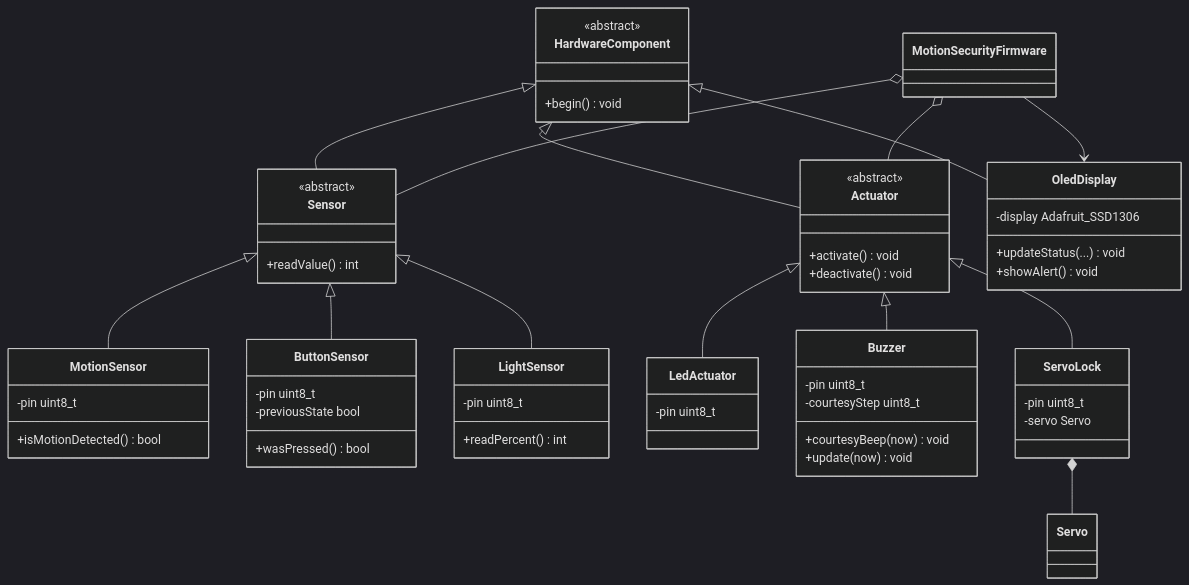
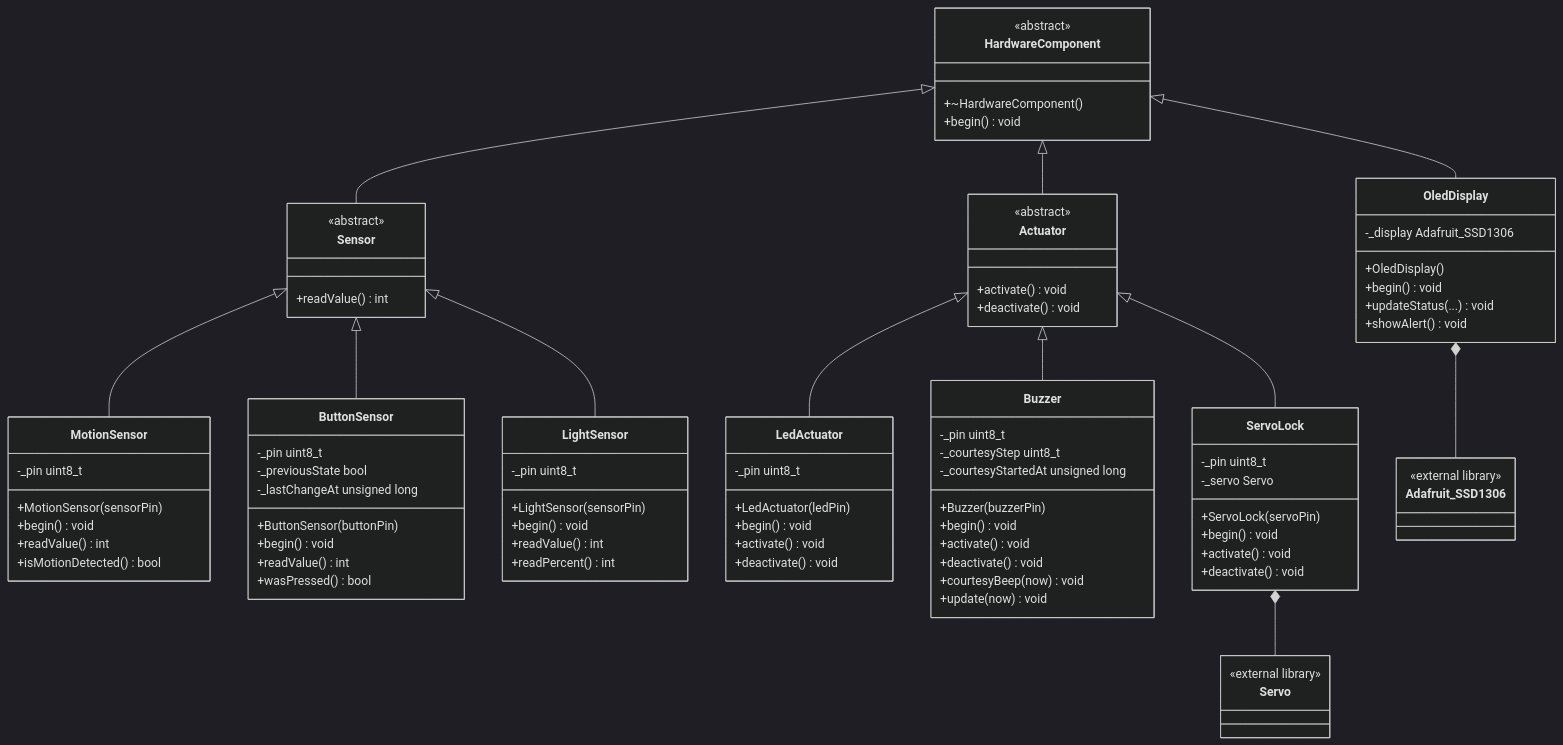
Before and after one commit to IslamAsar/Motion-Activated-Security-System: the diagram in README.md, drawn with Mermaid (dark theme). The commit also changed 4 other files, not shown here.

Commit message:
Update the UML Class Diagram

````diff
--- a/README.md
+++ b/README.md
@@ -96,6 +96,7 @@
 classDiagram
 	class HardwareComponent {
 		<<abstract>>
+		+~HardwareComponent()
 		+begin() void
 	}
 	class Sensor {
@@ -108,37 +109,67 @@
 		+deactivate() void
 	}
 	class MotionSensor {
-		-pin uint8_t
+		-_pin uint8_t
+		+MotionSensor(sensorPin)
+		+begin() void
+		+readValue() int
 		+isMotionDetected() bool
 	}
 	class ButtonSensor {
-		-pin uint8_t
-		-previousState bool
+		-_pin uint8_t
+		-_previousState bool
+		-_lastChangeAt unsigned long
+		+ButtonSensor(buttonPin)
+		+begin() void
+		+readValue() int
 		+wasPressed() bool
 	}
 	class LightSensor {
-		-pin uint8_t
+		-_pin uint8_t
+		+LightSensor(sensorPin)
+		+begin() void
+		+readValue() int
 		+readPercent() int
 	}
 	class LedActuator {
-		-pin uint8_t
+		-_pin uint8_t
+		+LedActuator(ledPin)
+		+begin() void
+		+activate() void
+		+deactivate() void
 	}
 	class Buzzer {
-		-pin uint8_t
-		-courtesyStep uint8_t
+		-_pin uint8_t
+		-_courtesyStep uint8_t
+		-_courtesyStartedAt unsigned long
+		+Buzzer(buzzerPin)
+		+begin() void
+		+activate() void
+		+deactivate() void
 		+courtesyBeep(now) void
 		+update(now) void
 	}
 	class ServoLock {
-		-pin uint8_t
-		-servo Servo
+		-_pin uint8_t
+		-_servo Servo
+		+ServoLock(servoPin)
+		+begin() void
+		+activate() void
+		+deactivate() void
 	}
 	class OledDisplay {
-		-display Adafruit_SSD1306
+		-_display Adafruit_SSD1306
+		+OledDisplay()
+		+begin() void
 		+updateStatus(...) void
 		+showAlert() void
 	}
-	class MotionSecurityFirmware
+	class Servo {
+		<<external library>>
+	}
+	class Adafruit_SSD1306 {
+		<<external library>>
+	}
 
 	HardwareComponent <|-- Sensor
 	HardwareComponent <|-- Actuator
@@ -150,7 +181,5 @@
 	Actuator <|-- ServoLock
 	HardwareComponent <|-- OledDisplay
 	ServoLock *-- Servo
-	MotionSecurityFirmware o-- Sensor
-	MotionSecurityFirmware o-- Actuator
-	MotionSecurityFirmware --> OledDisplay
+	OledDisplay *-- Adafruit_SSD1306
 ```
````
